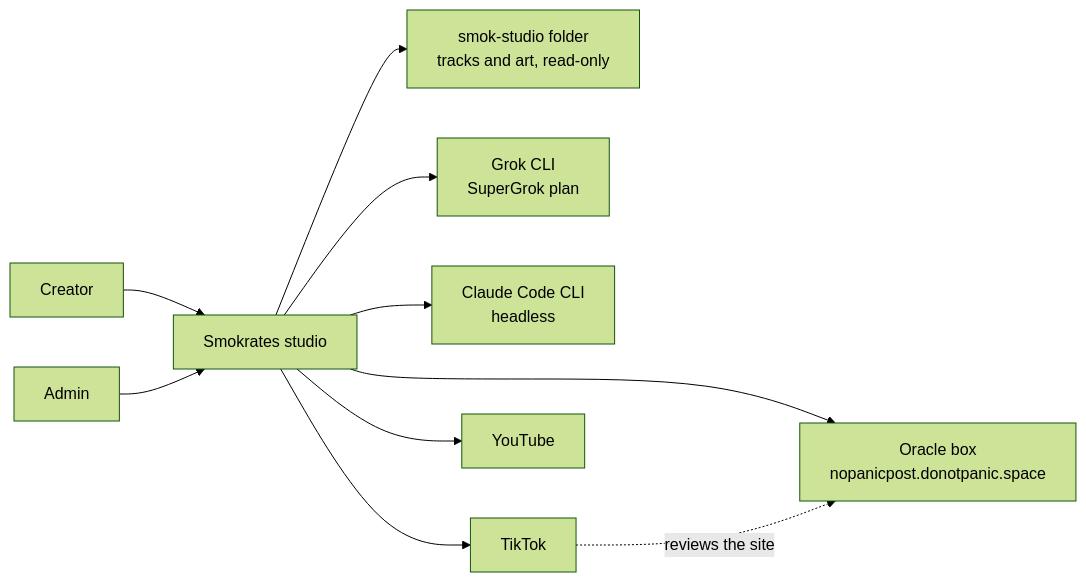
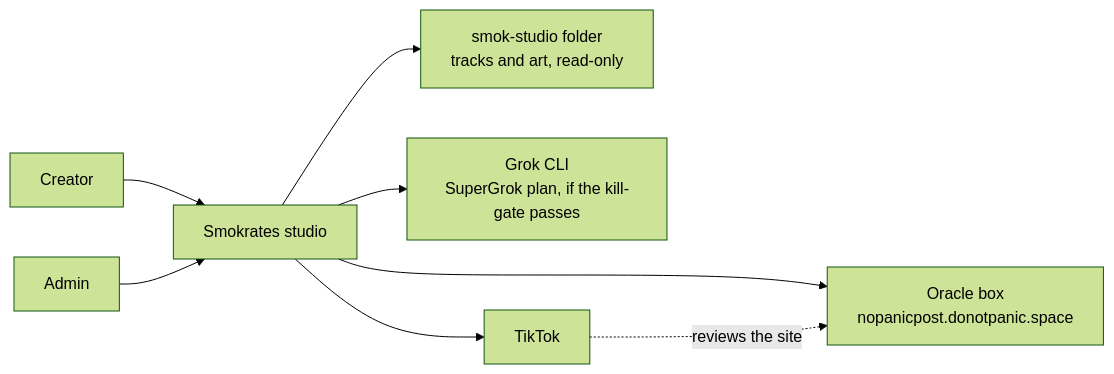
The first of 2 diagrams in docs/architecture.md (hrco/_smokrates-studio), drawn with Mermaid (forest theme) before and after one commit. The commit also changed other lines of this file and 15 other files, not shown here.

First line of the commit message:
docs: cut cycle 1 to one daemon per architecture review

````diff
--- a/docs/architecture.md
+++ b/docs/architecture.md
@@ -29,21 +30,17 @@
 ```mermaid
 flowchart LR
   creator[Creator]
   admin[Admin]
   studio[Smokrates studio]
   smok[smok-studio folder<br/>tracks and art, read-only]
-  grok[Grok CLI<br/>SuperGrok plan]
-  claude[Claude Code CLI<br/>headless]
+  grok[Grok CLI<br/>SuperGrok plan, if the kill-gate passes]
   tiktok[TikTok]
-  youtube[YouTube]
   oracle[Oracle box<br/>nopanicpost.donotpanic.space]
   creator --> studio
   admin --> studio
   studio --> smok
   studio --> grok
-  studio --> claude
   studio --> tiktok
-  studio --> youtube
   studio --> oracle
   tiktok -. reviews the site .-> oracle
 ```
````
